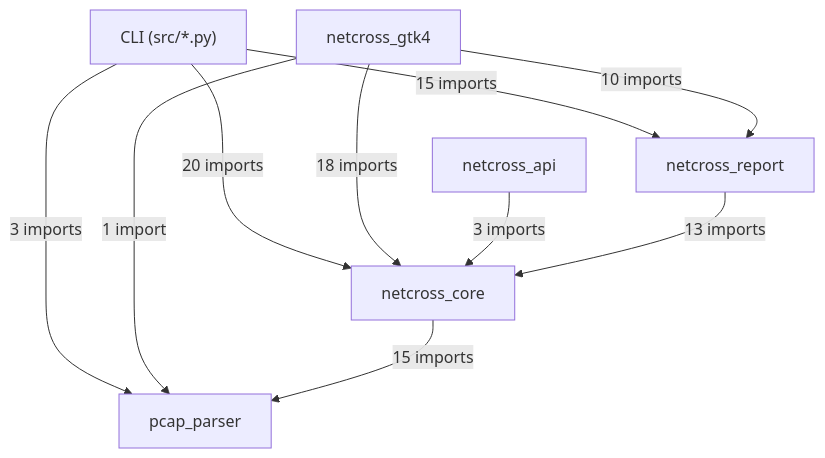
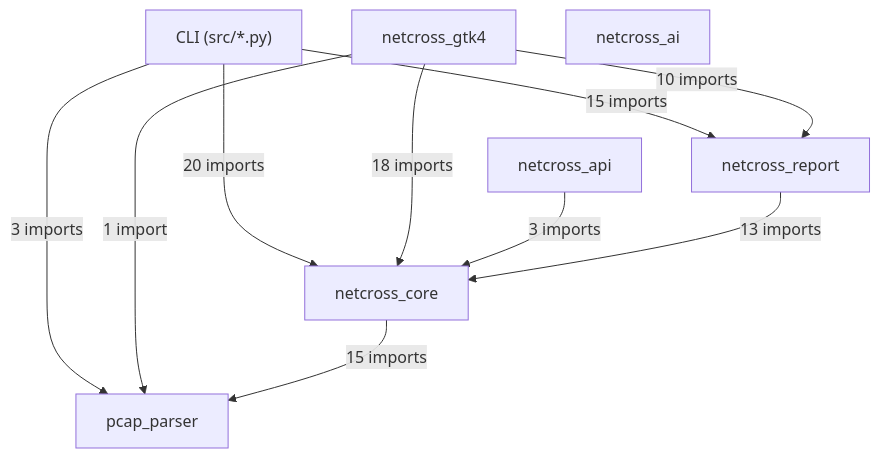
Before and after one commit to MathildeDec/Netcross: the first of 18 diagrams in docs/class-diagram.md, drawn with Mermaid. The commit also changed other lines of this file and 9 other files, not shown here.

````diff
--- a/docs/class-diagram.md
+++ b/docs/class-diagram.md
@@ -26,18 +26,19 @@
 ```mermaid
 flowchart TD
     CLI["CLI (src/*.py)"]
     netcross_gtk4["netcross_gtk4"]
     netcross_api["netcross_api"]
     netcross_report["netcross_report"]
+    netcross_ai["netcross_ai"]
     netcross_core["netcross_core"]
     pcap_parser["pcap_parser"]
     CLI -->|"15 imports"| netcross_report
     CLI -->|"20 imports"| netcross_core
     CLI -->|"3 imports"| pcap_parser
     netcross_gtk4 -->|"10 imports"| netcross_report
     netcross_gtk4 -->|"18 imports"| netcross_core
     netcross_gtk4 -->|"1 import"| pcap_parser
     netcross_api -->|"3 imports"| netcross_core
     netcross_report -->|"13 imports"| netcross_core
     netcross_core -->|"15 imports"| pcap_parser
 ```
````
